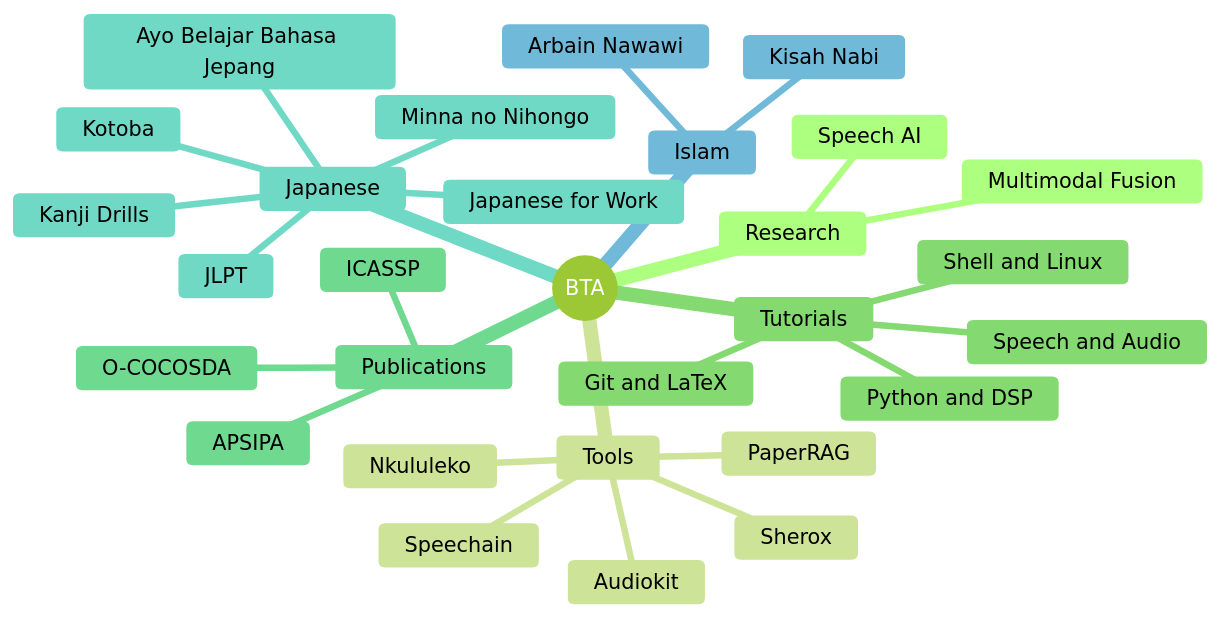
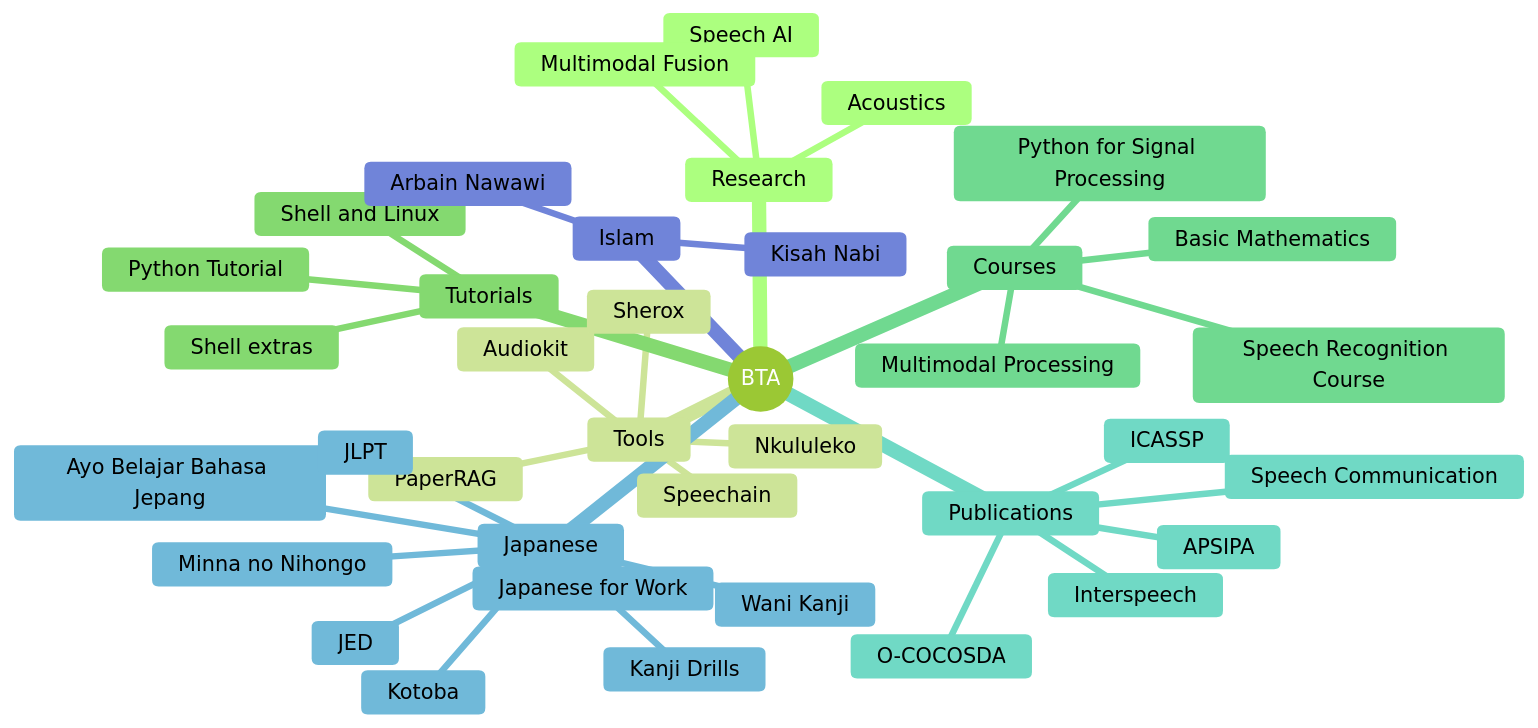
One commit to bagustris/bagustris.github.io changed the diagram in _pages/about.md. Above: the diagram before and after it, drawn with Mermaid (forest theme). The commit also changed other lines of this file and 3 other files, not shown here.

```diff
--- a/_pages/about.md
+++ b/_pages/about.md
@@ -16,32 +18,41 @@
 <pre class="mermaid">
 mindmap
   root((BTA))
     Research
       Speech AI
+      Acoustics 
       Multimodal Fusion
     Tools
       Nkululeko
       Speechain
       PaperRAG
       Audiokit
       Sherox
     Tutorials
       Shell and Linux
-      Python and DSP
-      Speech and Audio
-      Git and LaTeX
+      Python Tutorial 
+      Shell extras
+    Courses
+      Speech Recognition Course
+      Python for Signal Processing
+      Multimodal Processing
+      Basic Mathematics
     Publications
+      Speech Communication  
       ICASSP
+      Interspeech 
       O-COCOSDA  
       APSIPA
     Japanese
       Ayo Belajar Bahasa Jepang
       Minna no Nihongo
       Japanese for Work
       Kanji Drills
       Kotoba  
       JLPT  
+      JED
+      Wani Kanji 
     Islam
       Kisah Nabi 
       Arbain Nawawi
 </pre>
```
